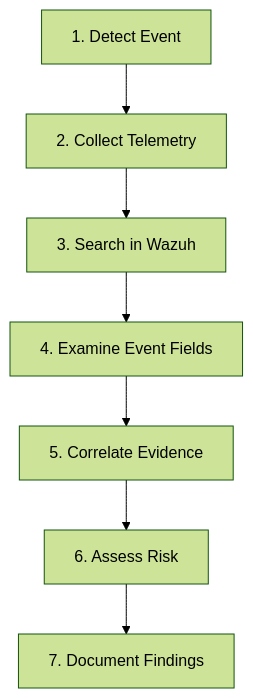
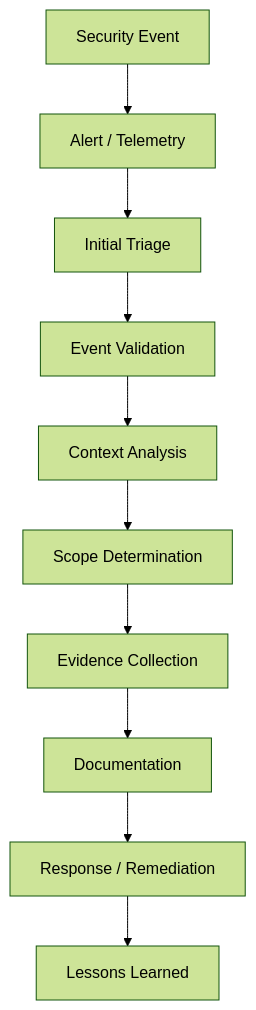
The eighth of 8 diagrams in README.md (Sayanhakerz/Home-SOC-Lab), drawn with Mermaid (forest theme) before and after one commit. The commit also changed other lines of this file, not shown here.

````diff
--- a/README.md
+++ b/README.md
@@ -309,18 +522,13 @@
 ```mermaid
 flowchart TD
 
-    A["1. Detect Event"]
-    B["2. Collect Telemetry"]
-    C["3. Search in Wazuh"]
-    D["4. Examine Event Fields"]
-    E["5. Correlate Evidence"]
-    F["6. Assess Risk"]
-    G["7. Document Findings"]
-
-    A --> B
-    B --> C
-    C --> D
-    D --> E
-    E --> F
-    F --> G
+A["Security Event"] --> B["Alert / Telemetry"]
+B --> C["Initial Triage"]
+C --> D["Event Validation"]
+D --> E["Context Analysis"]
+E --> F["Scope Determination"]
+F --> G["Evidence Collection"]
+G --> H["Documentation"]
+H --> I["Response / Remediation"]
+I --> J["Lessons Learned"]
 ```
````
